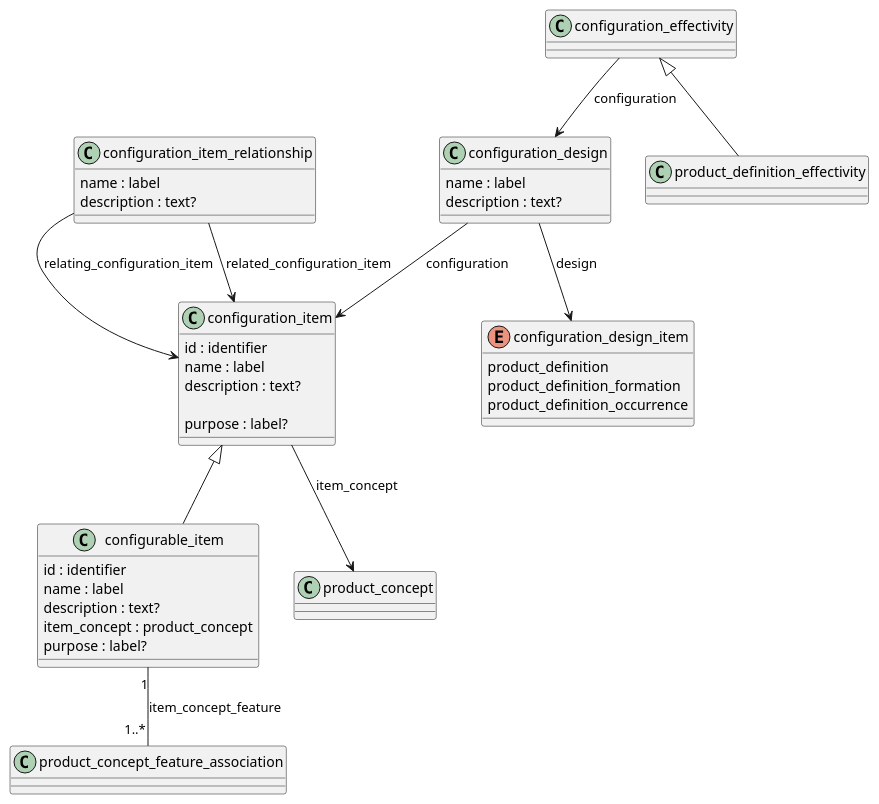
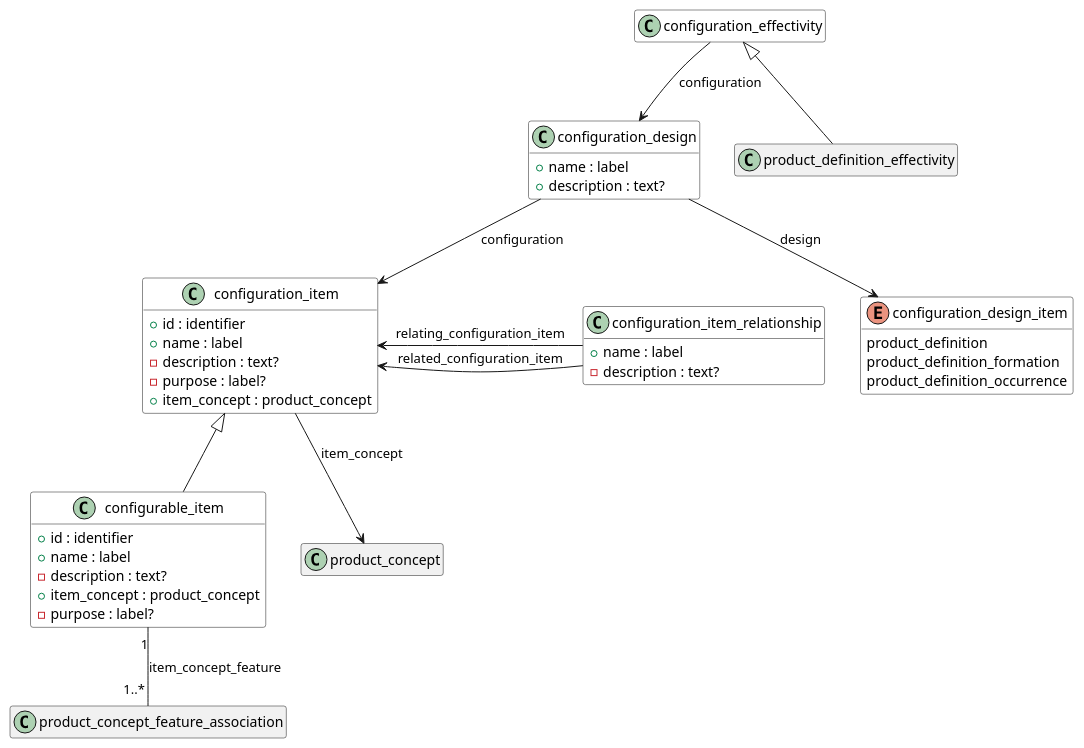
One commit to chukkaba/10303 changed the diagram in 003 Product structure/configuration_management/source/configuration_management.pu. Above: the diagram before and after it, drawn with PlantUML. The commit also changed 11 other files, not shown here.

```diff
--- a/003 Product structure/configuration_management/source/configuration_management.pu
+++ b/003 Product structure/configuration_management/source/configuration_management.pu
@@ -1,57 +1,60 @@
-@startuml
+@startuml configuration_management
 
-class configuration_design_item {
+hide empty members
+
+class configuration_design_item #White {
 }
 
-class configurable_item {
-  id : identifier
-  name : label
-  description : text?
-  item_concept : product_concept
-  purpose : label?
+class configurable_item #White {
+  + id : identifier
+  + name : label
+  - description : text?
+  +item_concept : product_concept
+  - purpose : label?
 }
 
-class configuration_design {
-  name : label
-  description : text?
+class configuration_design #White {
+  + name : label
+  + description : text?
 }
 
-class configuration_effectivity {
+class configuration_effectivity #White {
 }
 
-class configuration_item {
-  id : identifier
-  name : label
-  description : text?
-  
-  purpose : label?
+class configuration_item #White {
+  + id : identifier
+  + name : label
+  - description : text?
+  - purpose : label?
+  + item_concept : product_concept
 }
 
-class configuration_item_relationship {
-  name : label
-  description : text?
+class configuration_item_relationship #White {
+  +name : label
+  -description : text?
+
 }
 
-enum configuration_design_item {
+enum configuration_design_item #White {
    product_definition
    product_definition_formation
    product_definition_occurrence
 }
 
 configuration_item <|-- configurable_item
 configuration_effectivity  <|-- product_definition_effectivity
 
 
 configuration_item  --> product_concept : item_concept 
 
 configurable_item "1" -- "1..*" product_concept_feature_association : item_concept_feature
 
 configuration_design --> configuration_item : configuration
 configuration_design --> configuration_design_item : design
 
 configuration_effectivity --> configuration_design : configuration
 
-configuration_item_relationship --> configuration_item : relating_configuration_item
-configuration_item_relationship --> configuration_item : related_configuration_item
+configuration_item_relationship -left-> configuration_item : relating_configuration_item
+configuration_item_relationship -left-> configuration_item : related_configuration_item
 
 @enduml
```
